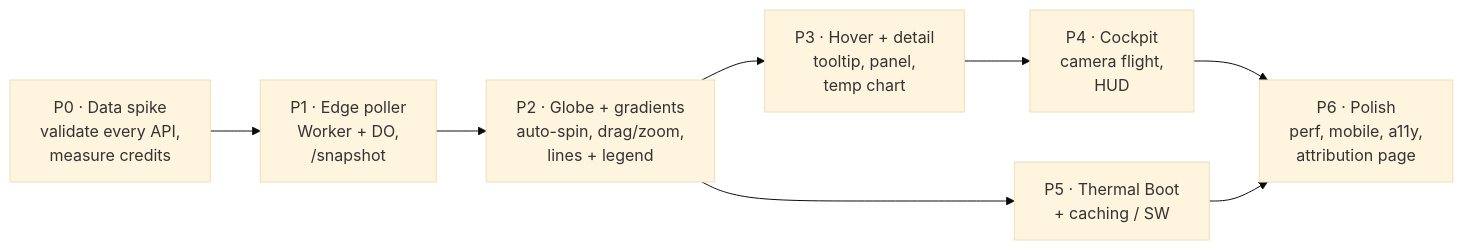
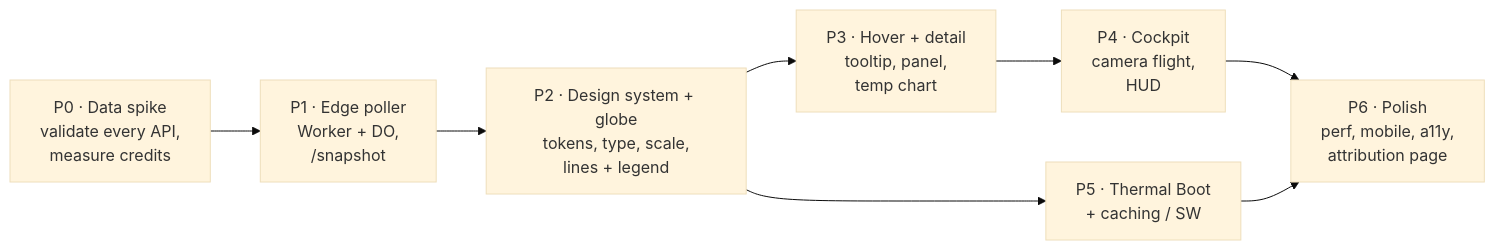
One commit to brandonIsTall/flightflux changed the fifth of 5 diagrams in docs/PLAN.md. Above: the diagram before and after it, drawn with Mermaid (base theme). The commit also changed other lines of this file, not shown here.

First line of the commit message:
Add premium design language to the Flight Flux plan

````diff
--- a/docs/PLAN.md
+++ b/docs/PLAN.md
@@ -301,10 +458,10 @@
 ```mermaid
 flowchart LR
   P0["P0 · Data spike<br/>validate every API,<br/>measure credits"] --> P1["P1 · Edge poller<br/>Worker + DO,<br/>/snapshot"]
-  P1 --> P2["P2 · Globe + gradients<br/>auto-spin, drag/zoom,<br/>lines + legend"]
+  P1 --> P2["P2 · Design system + globe<br/>tokens, type, scale,<br/>lines + legend"]
   P2 --> P3["P3 · Hover + detail<br/>tooltip, panel,<br/>temp chart"]
   P3 --> P4["P4 · Cockpit<br/>camera flight,<br/>HUD"]
   P2 --> P5["P5 · Thermal Boot<br/>+ caching / SW"]
   P4 --> P6["P6 · Polish<br/>perf, mobile, a11y,<br/>attribution page"]
   P5 --> P6
 ```
````
